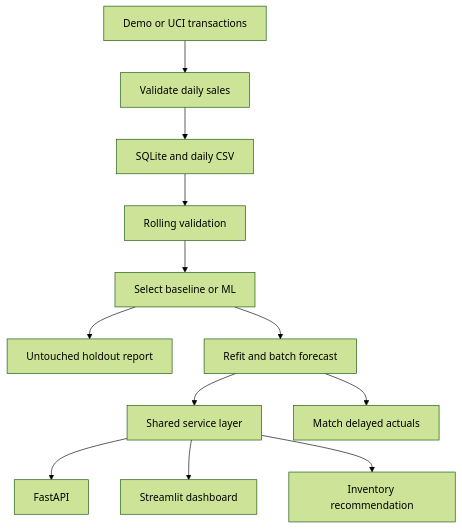
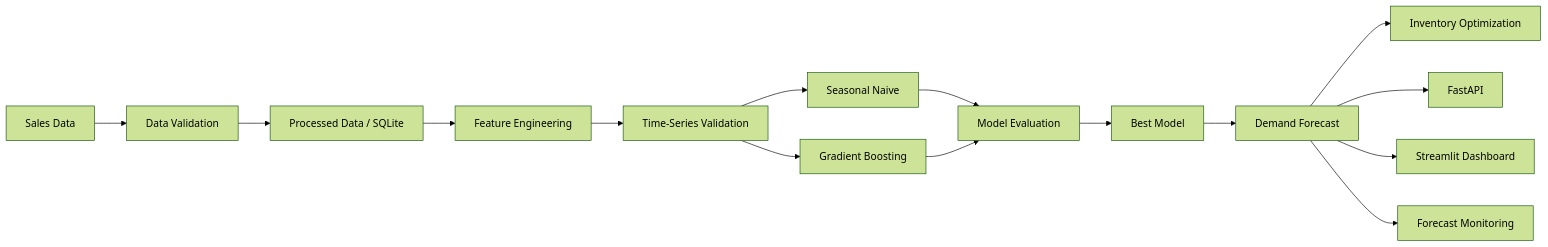
Before and after one commit to KonchawanJS/Retail-demand-forecasting: the diagram in README.md, drawn with Mermaid (forest theme). The commit also changed other lines of this file, not shown here.

````diff
--- a/README.md
+++ b/README.md
@@ -63,14 +82,28 @@
 ```mermaid
-flowchart TD
-    A[Demo or UCI transactions] --> B[Validate daily sales]
-    B --> C[SQLite and daily CSV]
-    C --> D[Rolling validation]
-    D --> E[Select baseline or ML]
-    E --> F[Untouched holdout report]
-    E --> G[Refit and batch forecast]
-    G --> H[Shared service layer]
-    H --> I[FastAPI]
-    H --> J[Streamlit dashboard]
-    H --> K[Inventory recommendation]
-    G --> L[Match delayed actuals]
+flowchart LR
+
+A[Sales Data] --> B[Data Validation]
+
+B --> C[Processed Data / SQLite]
+
+C --> D[Feature Engineering]
+
+D --> E[Time-Series Validation]
+
+E --> F[Seasonal Naive]
+E --> G[Gradient Boosting]
+
+F --> H[Model Evaluation]
+G --> H
+
+H --> I[Best Model]
+
+I --> J[Demand Forecast]
+
+J --> K[Inventory Optimization]
+
+J --> L[FastAPI]
+J --> M[Streamlit Dashboard]
+
+J --> N[Forecast Monitoring]
 ```
````
